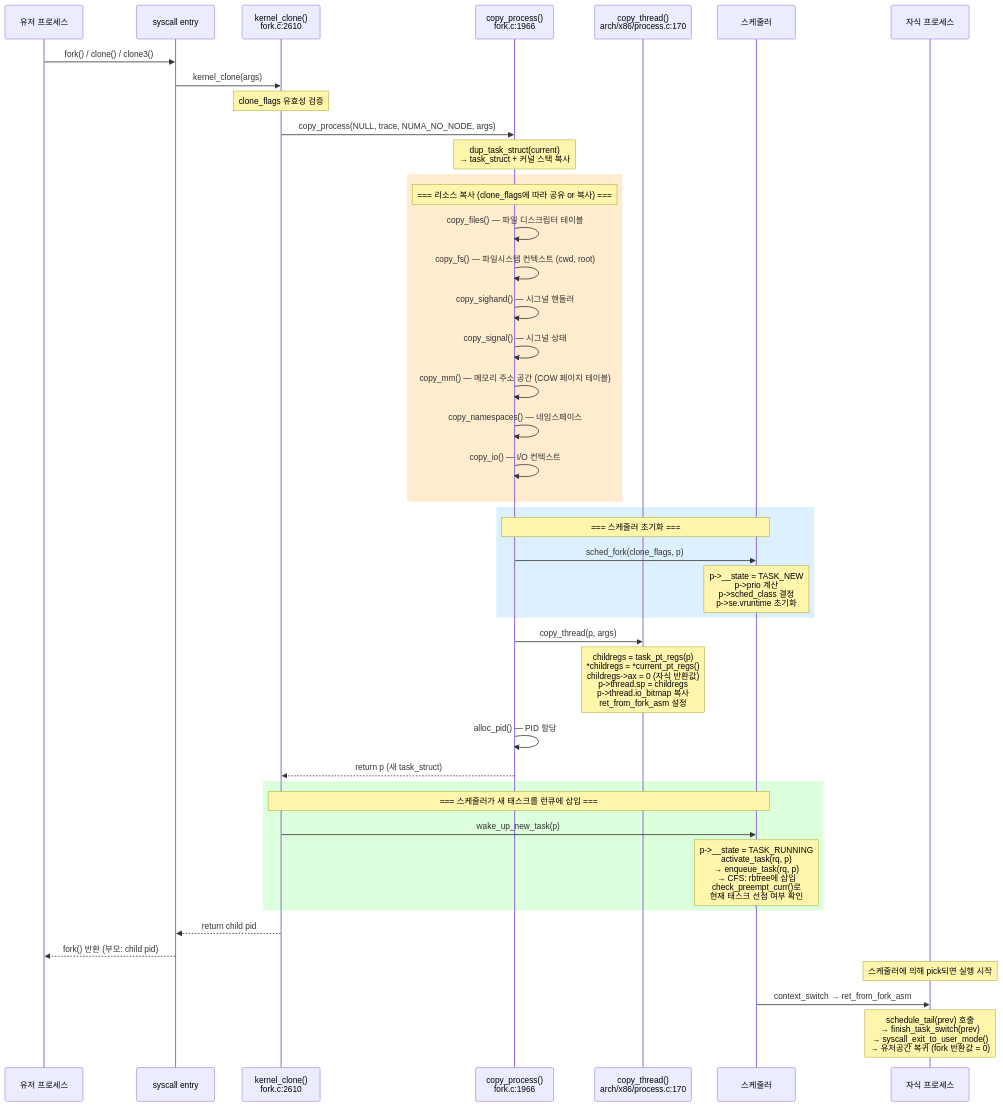
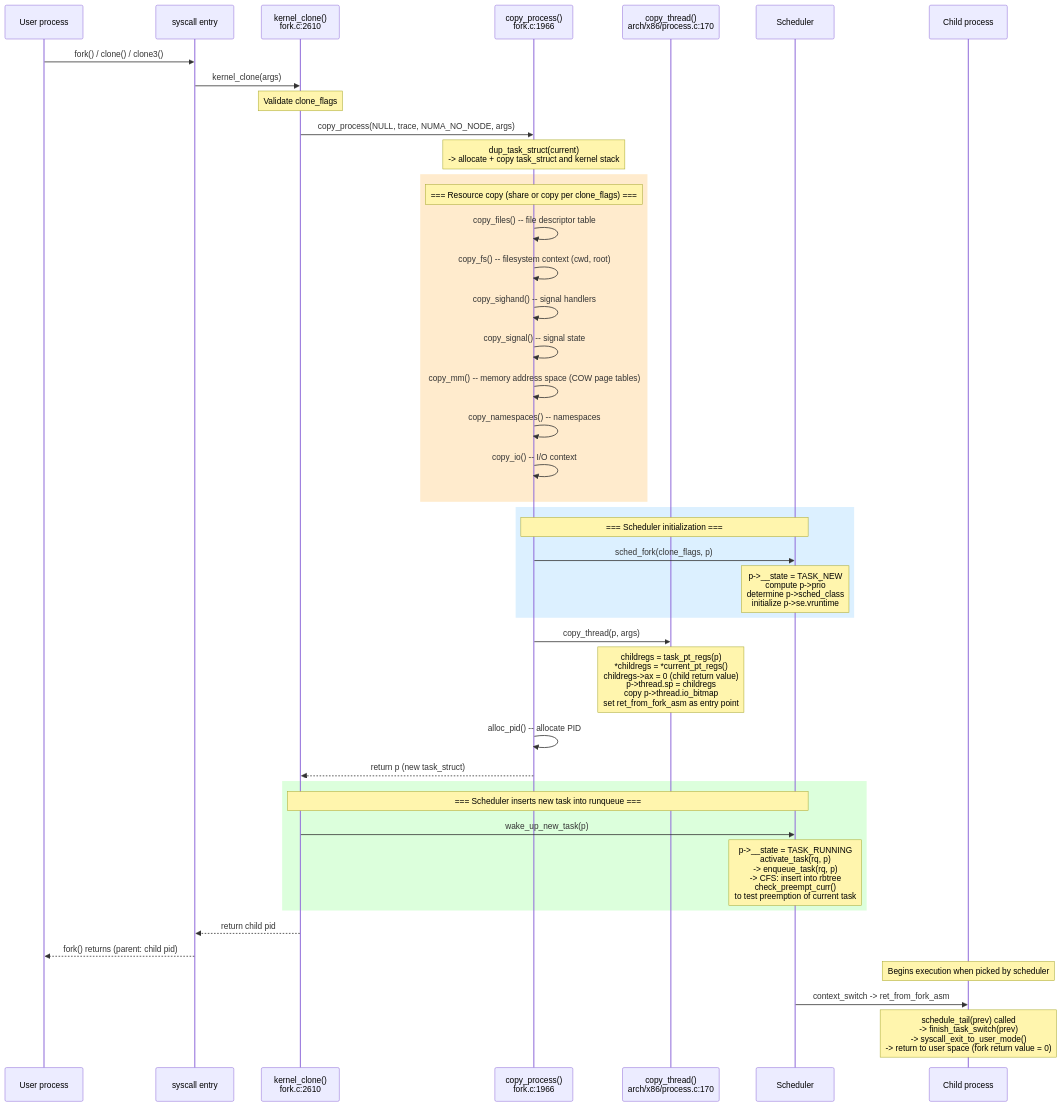
One commit to inineapa/KernelDoc changed the fourth of 11 diagrams in process.md. Above: the diagram before and after it, drawn with Mermaid. The commit also changed other lines of this file, not shown here.

First line of the commit message:
Rewrite process.md: translate to English and expand termination coverage

````diff
--- a/process.md
+++ b/process.md
@@ -114,55 +182,55 @@
 ```mermaid
 sequenceDiagram
-    participant U as 유저 프로세스
+    participant U as User process
     participant SYS as syscall entry
     participant KC as kernel_clone()<br/>fork.c:2610
     participant CP as copy_process()<br/>fork.c:1966
     participant CT as copy_thread()<br/>arch/x86/process.c:170
-    participant SCHED as 스케줄러
-    participant CHILD as 자식 프로세스
+    participant SCHED as Scheduler
+    participant CHILD as Child process
 
     U->>SYS: fork() / clone() / clone3()
     SYS->>KC: kernel_clone(args)
 
-    Note over KC: clone_flags 유효성 검증
+    Note over KC: Validate clone_flags
 
     KC->>CP: copy_process(NULL, trace, NUMA_NO_NODE, args)
 
-    Note over CP: dup_task_struct(current)<br/>→ task_struct + 커널 스택 복사
+    Note over CP: dup_task_struct(current)<br/>-> allocate + copy task_struct and kernel stack
 
     rect rgb(255, 235, 205)
-        Note over CP: === 리소스 복사 (clone_flags에 따라 공유 or 복사) ===
-        CP->>CP: copy_files() — 파일 디스크립터 테이블
-        CP->>CP: copy_fs() — 파일시스템 컨텍스트 (cwd, root)
-        CP->>CP: copy_sighand() — 시그널 핸들러
-        CP->>CP: copy_signal() — 시그널 상태
-        CP->>CP: copy_mm() — 메모리 주소 공간 (COW 페이지 테이블)
-        CP->>CP: copy_namespaces() — 네임스페이스
-        CP->>CP: copy_io() — I/O 컨텍스트
+        Note over CP: === Resource copy (share or copy per clone_flags) ===
+        CP->>CP: copy_files() -- file descriptor table
+        CP->>CP: copy_fs() -- filesystem context (cwd, root)
+        CP->>CP: copy_sighand() -- signal handlers
+        CP->>CP: copy_signal() -- signal state
+        CP->>CP: copy_mm() -- memory address space (COW page tables)
+        CP->>CP: copy_namespaces() -- namespaces
+        CP->>CP: copy_io() -- I/O context
     end
 
     rect rgb(220, 240, 255)
-        Note over CP,SCHED: === 스케줄러 초기화 ===
+        Note over CP,SCHED: === Scheduler initialization ===
         CP->>SCHED: sched_fork(clone_flags, p)
-        Note over SCHED: p->__state = TASK_NEW<br/>p->prio 계산<br/>p->sched_class 결정<br/>p->se.vruntime 초기화
+        Note over SCHED: p->__state = TASK_NEW<br/>compute p->prio<br/>determine p->sched_class<br/>initialize p->se.vruntime
     end
 
     CP->>CT: copy_thread(p, args)
-    Note over CT: childregs = task_pt_regs(p)<br/>*childregs = *current_pt_regs()<br/>childregs->ax = 0 (자식 반환값)<br/>p->thread.sp = childregs<br/>p->thread.io_bitmap 복사<br/>ret_from_fork_asm 설정
+    Note over CT: childregs = task_pt_regs(p)<br/>*childregs = *current_pt_regs()<br/>childregs->ax = 0 (child return value)<br/>p->thread.sp = childregs<br/>copy p->thread.io_bitmap<br/>set ret_from_fork_asm as entry point
 
-    CP->>CP: alloc_pid() — PID 할당
-    CP-->>KC: return p (새 task_struct)
+    CP->>CP: alloc_pid() -- allocate PID
+    CP-->>KC: return p (new task_struct)
 
     rect rgb(220, 255, 220)
-        Note over KC,SCHED: === 스케줄러가 새 태스크를 런큐에 삽입 ===
+        Note over KC,SCHED: === Scheduler inserts new task into runqueue ===
         KC->>SCHED: wake_up_new_task(p)
-        Note over SCHED: p->__state = TASK_RUNNING<br/>activate_task(rq, p)<br/>→ enqueue_task(rq, p)<br/>→ CFS: rbtree에 삽입<br/>check_preempt_curr()로<br/>현재 태스크 선점 여부 확인
+        Note over SCHED: p->__state = TASK_RUNNING<br/>activate_task(rq, p)<br/>-> enqueue_task(rq, p)<br/>-> CFS: insert into rbtree<br/>check_preempt_curr()<br/>to test preemption of current task
     end
 
     KC-->>SYS: return child pid
-    SYS-->>U: fork() 반환 (부모: child pid)
+    SYS-->>U: fork() returns (parent: child pid)
 
-    Note over CHILD: 스케줄러에 의해 pick되면 실행 시작
-    SCHED->>CHILD: context_switch → ret_from_fork_asm
-    Note over CHILD: schedule_tail(prev) 호출<br/>→ finish_task_switch(prev)<br/>→ syscall_exit_to_user_mode()<br/>→ 유저공간 복귀 (fork 반환값 = 0)
+    Note over CHILD: Begins execution when picked by scheduler
+    SCHED->>CHILD: context_switch -> ret_from_fork_asm
+    Note over CHILD: schedule_tail(prev) called<br/>-> finish_task_switch(prev)<br/>-> syscall_exit_to_user_mode()<br/>-> return to user space (fork return value = 0)
 ```
````
